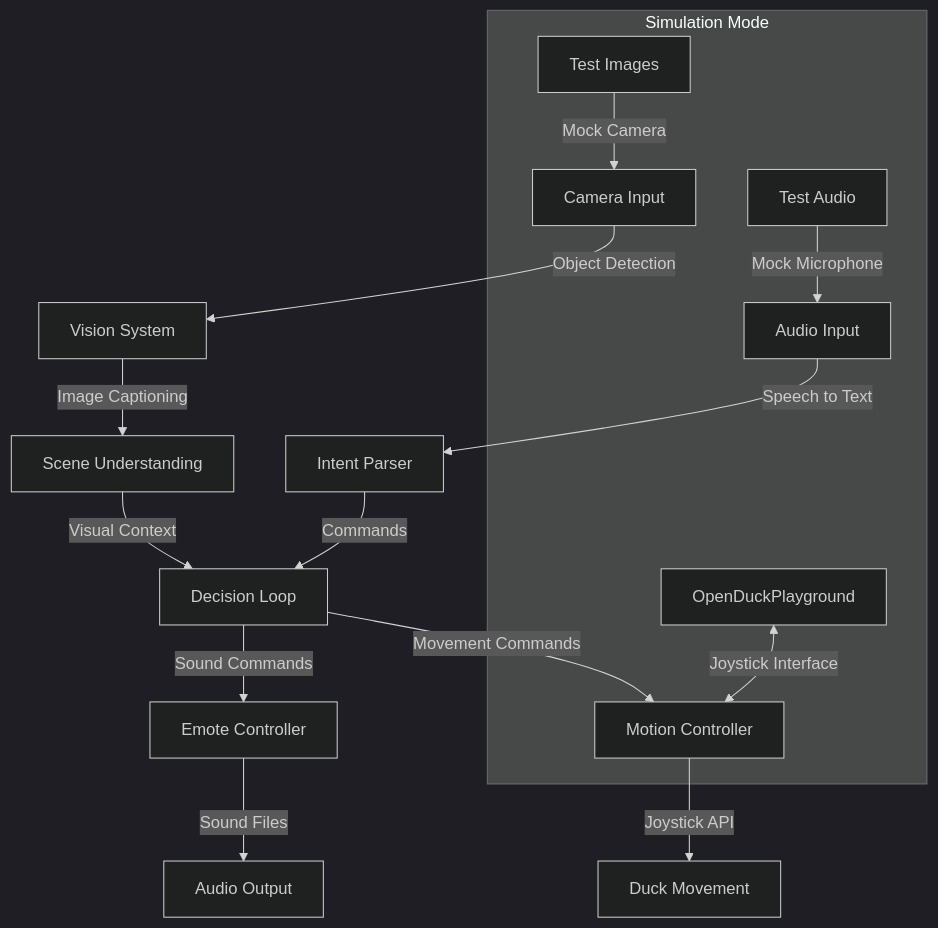
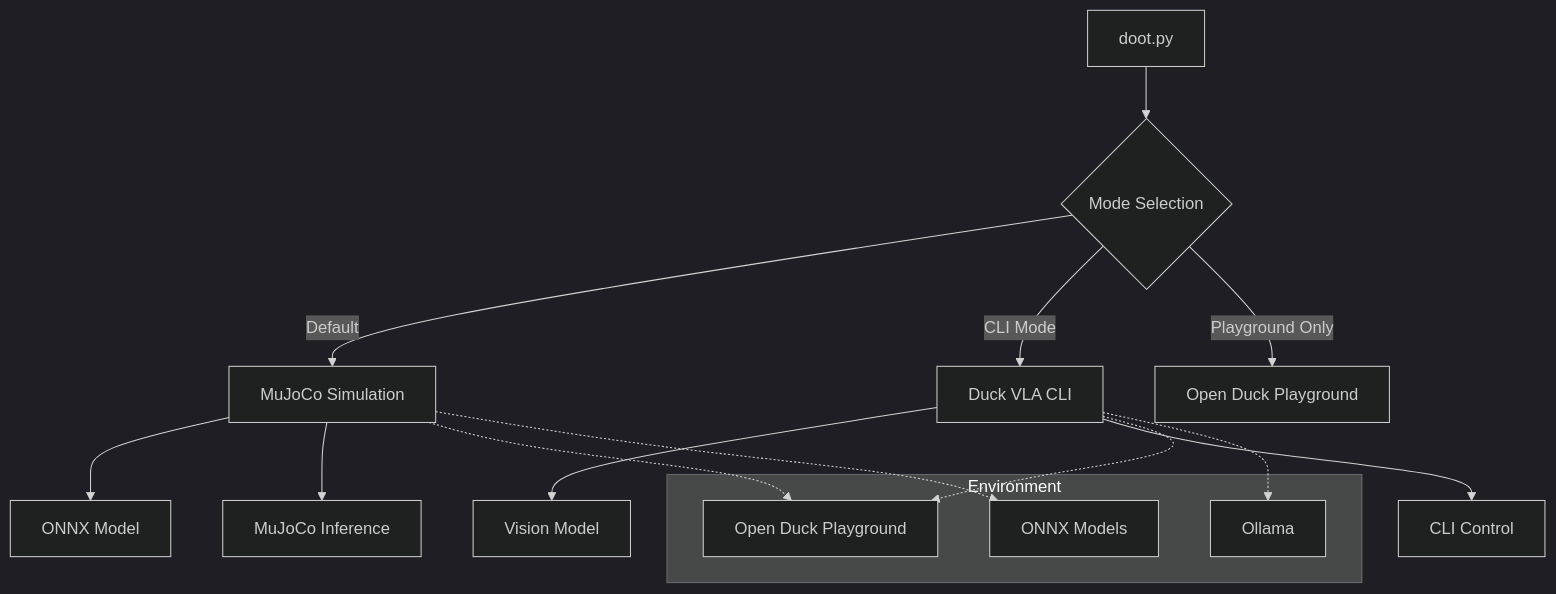
The diagram in README.md (Aronnaxx/d00t), drawn with Mermaid (dark theme) before and after one commit. The commit also changed other lines of this file and 20 other files, not shown here.

First line of the commit message:
feat: Introduce Duck VLA Unified Runner (DOOT) for streamlined simulation

````diff
--- a/README.md
+++ b/README.md
@@ -169,18 +59,24 @@
 ```mermaid
 graph TD
-    A[Audio Input] -->|Speech to Text| B[Intent Parser]
-    C[Camera Input] -->|Object Detection| D[Vision System]
-    D -->|Image Captioning| E[Scene Understanding]
-    B -->|Commands| F[Decision Loop]
-    E -->|Visual Context| F
-    F -->|Movement Commands| G[Motion Controller]
-    F -->|Sound Commands| H[Emote Controller]
-    G -->|Joystick API| I[Duck Movement]
-    H -->|Sound Files| J[Audio Output]
+    A[doot.py] --> B{Mode Selection}
+    B -->|Default| C[MuJoCo Simulation]
+    B -->|CLI Mode| D[Duck VLA CLI]
+    B -->|Playground Only| E[Open Duck Playground]
     
-    subgraph "Simulation Mode"
-    K[OpenDuckPlayground] <-->|Joystick Interface| G
-    L[Test Images] -->|Mock Camera| C
-    M[Test Audio] -->|Mock Microphone| A
+    C --> F[ONNX Model]
+    C --> G[MuJoCo Inference]
+    
+    D --> H[Vision Model]
+    D --> I[CLI Control]
+    
+    subgraph Environment
+        J[Open Duck Playground]
+        K[Ollama]
+        L[ONNX Models]
     end
+    
+    C -.-> J
+    D -.-> J
+    D -.-> K
+    C -.-> L
 ```
````
